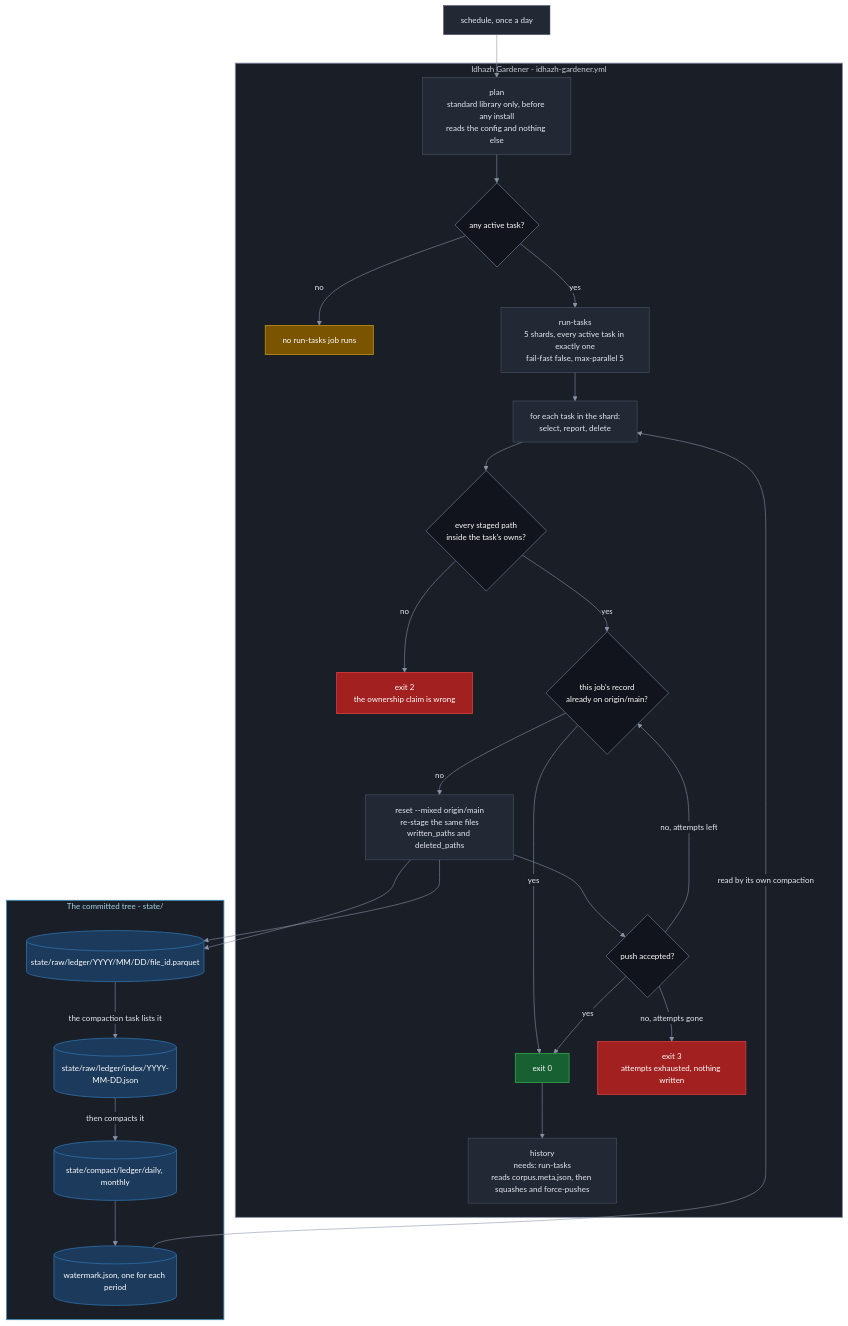
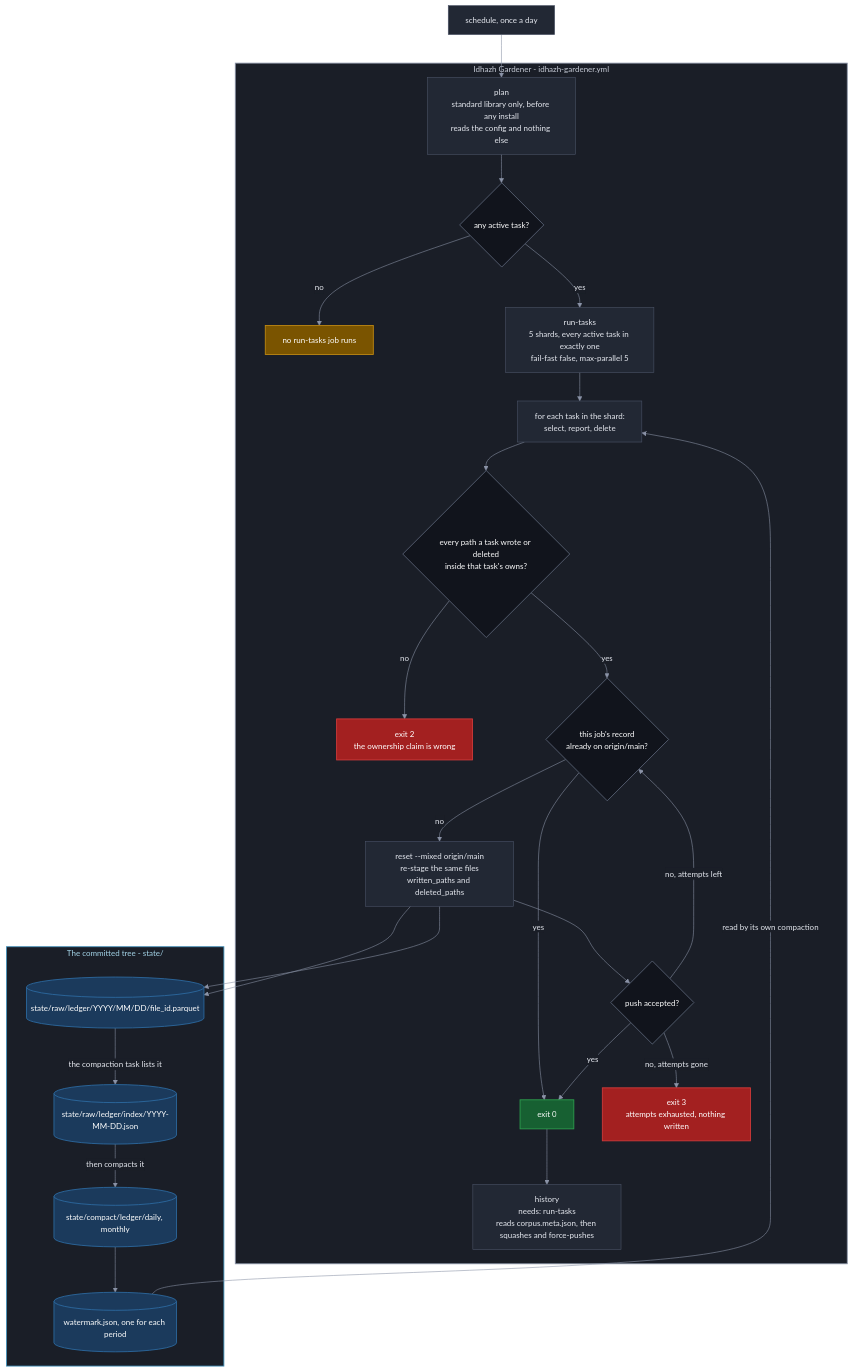
One commit to miztiik/yen-idhazh changed the first of 2 diagrams in TODO/20260924-50-idhazh-gardener-plan.md. Above: the diagram before and after it, drawn with Mermaid. The commit also changed other lines of this file, not shown here.

````diff
--- a/TODO/20260924-50-idhazh-gardener-plan.md
+++ b/TODO/20260924-50-idhazh-gardener-plan.md
@@ -171,68 +171,68 @@
 ```mermaid
 %%{init: {"theme": "base", "themeVariables": {"background": "#0f1117", "primaryColor": "#222834", "primaryTextColor": "#e6e9f0", "primaryBorderColor": "#4b5468", "lineColor": "#8b93a7", "textColor": "#e6e9f0", "clusterBkg": "#1a1e27", "clusterBorder": "#3a4254", "titleColor": "#e6e9f0", "edgeLabelBackground": "#1a1e27", "fontSize": "14px"}}}%%
 flowchart TB
   CRON["schedule, once a day"]
 
   subgraph OPS["Idhazh Gardener - idhazh-gardener.yml"]
     PLAN["plan<br/>standard library only, before any install<br/>reads the config and nothing else"]
     ANY{"any active task?"}
     IDLE["no run-tasks job runs"]
     TEND["run-tasks<br/>5 shards, every active task in exactly one<br/>fail-fast false, max-parallel 5"]
     RUN["for each task in the shard:<br/>select, report, delete"]
-    OWNED{"every staged path<br/>inside the task's owns?"}
+    OWNED{"every path a task wrote or deleted<br/>inside that task's owns?"}
     OUTSIDE["exit 2<br/>the ownership claim is wrong"]
     LANDED{"this job's record<br/>already on origin/main?"}
     REAPPLY["reset --mixed origin/main<br/>re-stage the same files<br/>written_paths and deleted_paths"]
     PUSHED{"push accepted?"}
     OK["exit 0"]
     LOST["exit 3<br/>attempts exhausted, nothing written"]
     HIST["history<br/>needs: run-tasks<br/>reads corpus.meta.json, then squashes and force-pushes"]
   end
 
   subgraph TREE["The committed tree - state/"]
     RAW[("state/raw/ledger/YYYY/MM/DD/file_id.parquet")]
     RIDX[("state/raw/ledger/index/YYYY-MM-DD.json")]
     COMPACT[("state/compact/ledger/daily, monthly")]
     WM[("watermark.json, one for each period")]
   end
 
   CRON --> PLAN
   PLAN --> ANY
   ANY -->|"no"| IDLE
   ANY -->|"yes"| TEND
   TEND --> RUN
   RUN --> OWNED
   OWNED -->|"no"| OUTSIDE
   OWNED -->|"yes"| LANDED
   LANDED -->|"yes"| OK
   LANDED -->|"no"| REAPPLY
   REAPPLY --> RAW
   REAPPLY --> PUSHED
   PUSHED -->|"yes"| OK
   PUSHED -->|"no, attempts left"| LANDED
   PUSHED -->|"no, attempts gone"| LOST
   OK --> HIST
   WM -->|"read by its own compaction"| RUN
   REAPPLY --> RAW
   RAW -->|"the compaction task lists it"| RIDX
   RIDX -->|"then compacts it"| COMPACT
   COMPACT --> WM
 
   classDef stage fill:#222834,stroke:#4b5468,stroke-width:1px,color:#e6e9f0;
   classDef decision fill:#11141c,stroke:#5b6477,stroke-width:1.5px,color:#ffffff;
   classDef yes fill:#176032,stroke:#2ea04f,stroke-width:1.5px,color:#ffffff;
   classDef no fill:#a32020,stroke:#d23b3b,stroke-width:1.5px,color:#ffffff;
   classDef warn fill:#7a5400,stroke:#c08a12,stroke-width:1.5px,color:#ffffff;
   classDef ledger fill:#1b3a5c,stroke:#2d6ca3,stroke-width:1.5px,color:#ffffff;
   classDef sysOps fill:#1a1e27,stroke:#8b93a7,stroke-width:1.5px,color:#c8cdd8;
   classDef sysPublish fill:#1a1e27,stroke:#3f8fb8,stroke-width:1.5px,color:#a5d6ea;
 
   class CRON,PLAN,TEND,RUN,REAPPLY,HIST stage;
   class ANY,OWNED,LANDED,PUSHED decision;
   class OK yes;
   class OUTSIDE,LOST no;
   class IDLE warn;
   class RAW,COMPACT,RIDX,WM ledger;
   class OPS sysOps;
   class TREE sysPublish;
 ```
````
